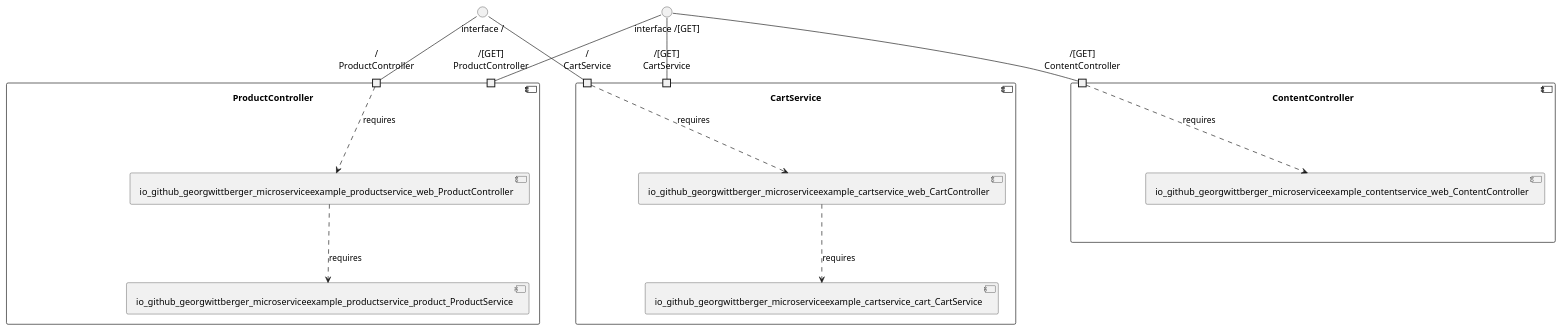
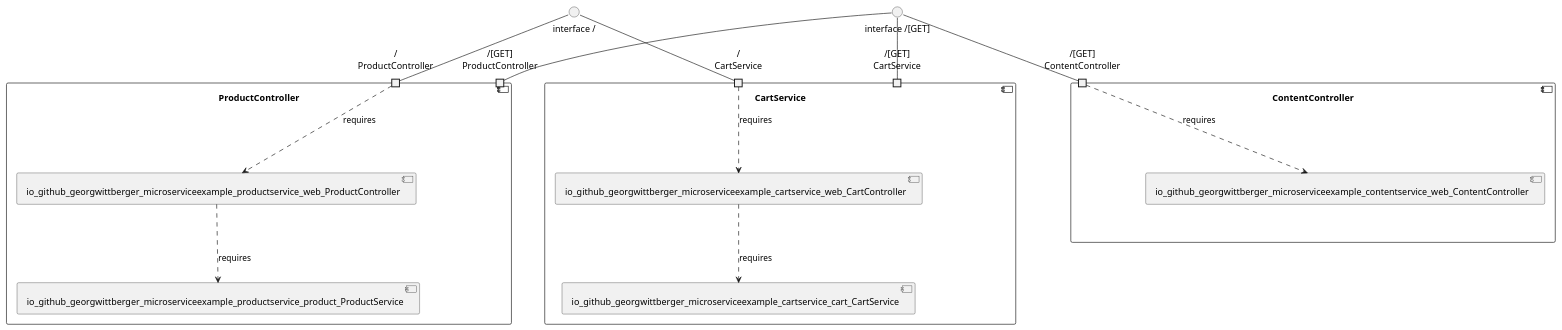
One commit to View-Based-Reverse-Engineering/Retriever-Benchmark changed the diagram in georgwittberger-example/model_re/uml/componentDiagram.puml. Above: the diagram before and after it, drawn with PlantUML. The commit also changed other lines of this file and 151 other files, not shown here.

```diff
--- a/georgwittberger-example/model_re/uml/componentDiagram.puml
+++ b/georgwittberger-example/model_re/uml/componentDiagram.puml
@@ -1,30 +1,30 @@
 @startuml
 skinparam fixCircleLabelOverlapping true
 component "CartService\n\n\n\n\n\n" {
 [io_github_georgwittberger_microserviceexample_cartservice_web_CartController]
 [io_github_georgwittberger_microserviceexample_cartservice_cart_CartService]
+portin "/\nCartService"
 portin "/[GET]\nCartService"
-portin "/\nCartService"
 [io_github_georgwittberger_microserviceexample_cartservice_web_CartController]..>[io_github_georgwittberger_microserviceexample_cartservice_cart_CartService] : requires
 "/\nCartService"..>[io_github_georgwittberger_microserviceexample_cartservice_web_CartController] : requires
 }
 "interface /[GET]"--"/[GET]\nCartService"
 "interface /"--"/\nCartService"
 component "ContentController\n\n\n\n\n\n" {
 [io_github_georgwittberger_microserviceexample_contentservice_web_ContentController]
 portin "/[GET]\nContentController"
 "/[GET]\nContentController"..>[io_github_georgwittberger_microserviceexample_contentservice_web_ContentController] : requires
 }
 "interface /[GET]"--"/[GET]\nContentController"
 component "ProductController\n\n\n\n\n\n" {
+[io_github_georgwittberger_microserviceexample_productservice_product_ProductService]
 [io_github_georgwittberger_microserviceexample_productservice_web_ProductController]
-[io_github_georgwittberger_microserviceexample_productservice_product_ProductService]
+portin "/\nProductController"
 portin "/[GET]\nProductController"
-portin "/\nProductController"
 [io_github_georgwittberger_microserviceexample_productservice_web_ProductController]..>[io_github_georgwittberger_microserviceexample_productservice_product_ProductService] : requires
 "/\nProductController"..>[io_github_georgwittberger_microserviceexample_productservice_web_ProductController] : requires
 }
+"interface /"--"/\nProductController"
 "interface /[GET]"--"/[GET]\nProductController"
-"interface /"--"/\nProductController"
 
 @enduml
```
